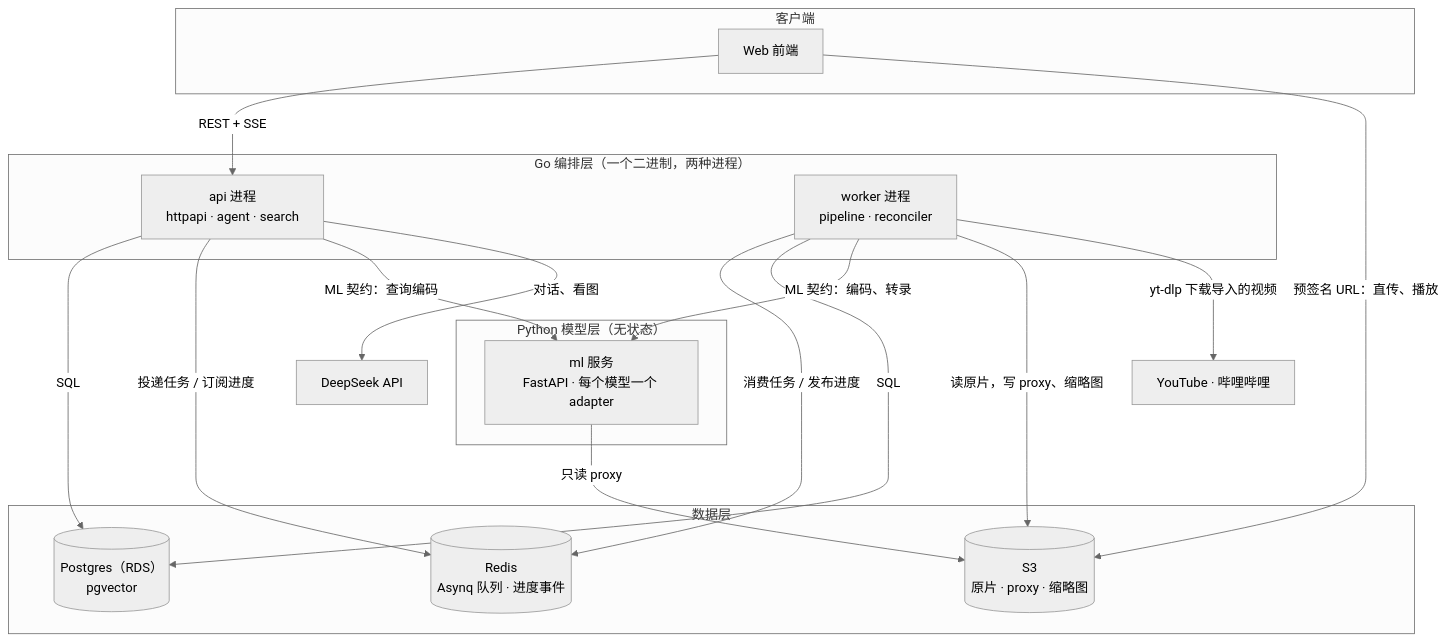
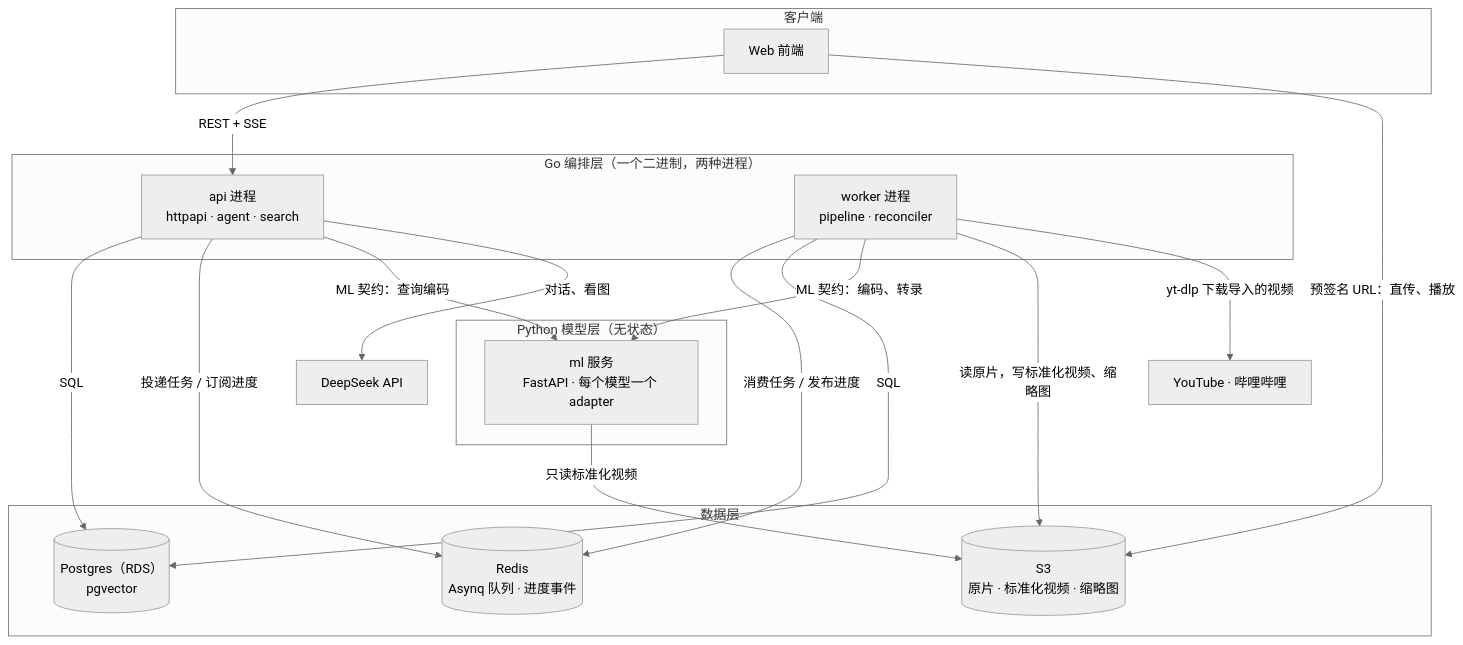
Before and after one commit to realOzine/videohelper: the third of 17 diagrams in docs/design.md, drawn with Mermaid (neutral theme). The commit also changed other lines of this file and 5 other files, not shown here.

````diff
--- a/docs/design.md
+++ b/docs/design.md
@@ -178,32 +179,32 @@
 ```mermaid
 flowchart TB
   subgraph Client["客户端"]
     WEB["Web 前端"]
   end
   subgraph Go["Go 编排层（一个二进制，两种进程）"]
     API["api 进程<br/>httpapi · agent · search"]
     WK["worker 进程<br/>pipeline · reconciler"]
   end
   subgraph Py["Python 模型层（无状态）"]
     ML["ml 服务<br/>FastAPI · 每个模型一个 adapter"]
   end
   subgraph Data["数据层"]
     PG[("Postgres（RDS）<br/>pgvector")]
     RD[("Redis<br/>Asynq 队列 · 进度事件")]
-    S3[("S3<br/>原片 · proxy · 缩略图")]
+    S3[("S3<br/>原片 · 标准化视频 · 缩略图")]
   end
   LLM["DeepSeek API"]
 
   WEB -->|"REST + SSE"| API
   WEB -->|"预签名 URL：直传、播放"| S3
   API -->|"SQL"| PG
   API -->|"投递任务 / 订阅进度"| RD
   API -->|"ML 契约：查询编码"| ML
   API -->|"对话、看图"| LLM
   WK -->|"消费任务 / 发布进度"| RD
   WK -->|"SQL"| PG
   WK -->|"ML 契约：编码、转录"| ML
-  WK -->|"读原片，写 proxy、缩略图"| S3
+  WK -->|"读原片，写标准化视频、缩略图"| S3
   WK -->|"yt-dlp 下载导入的视频"| PLAT["YouTube · 哔哩哔哩"]
-  ML -->|"只读 proxy"| S3
+  ML -->|"只读标准化视频"| S3
 ```
````
